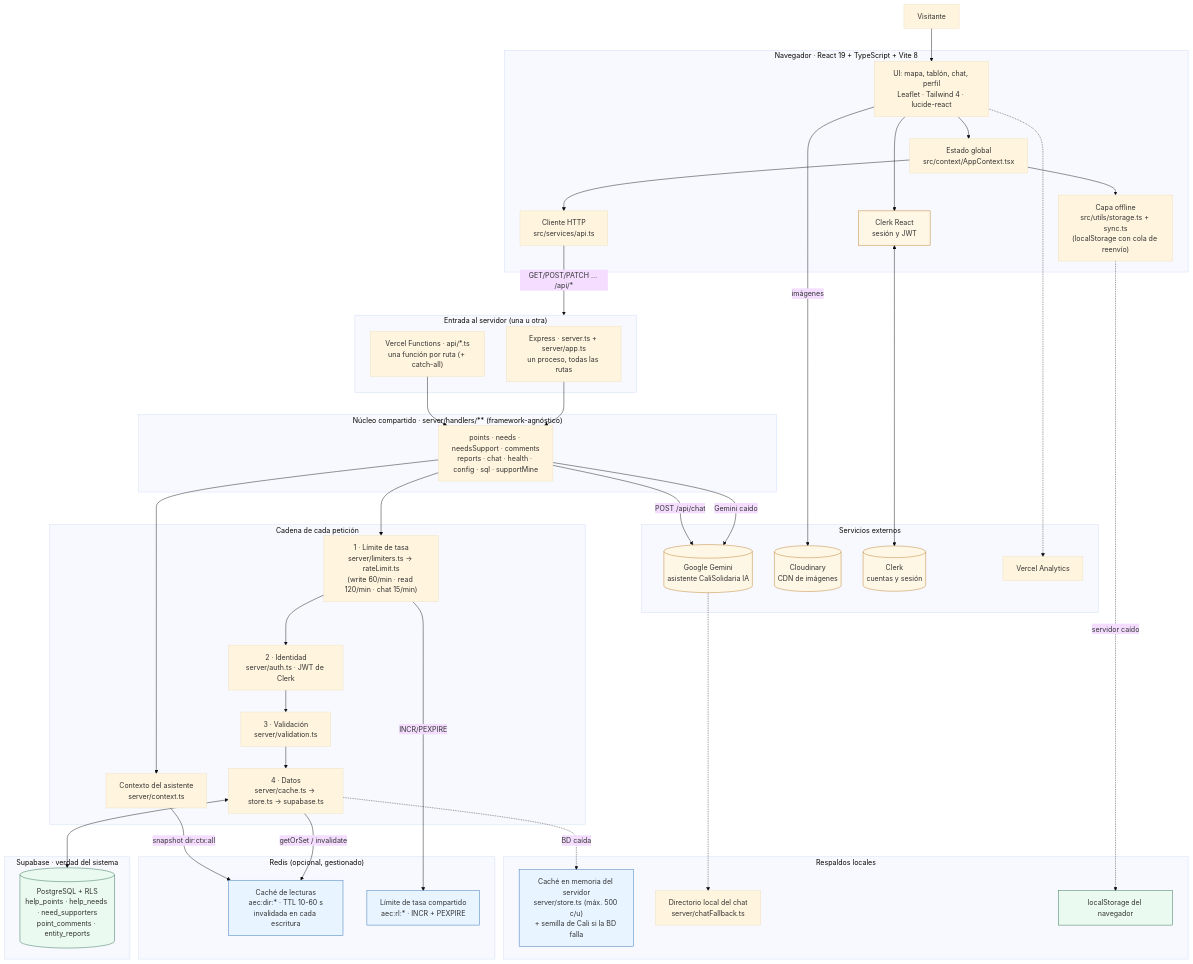
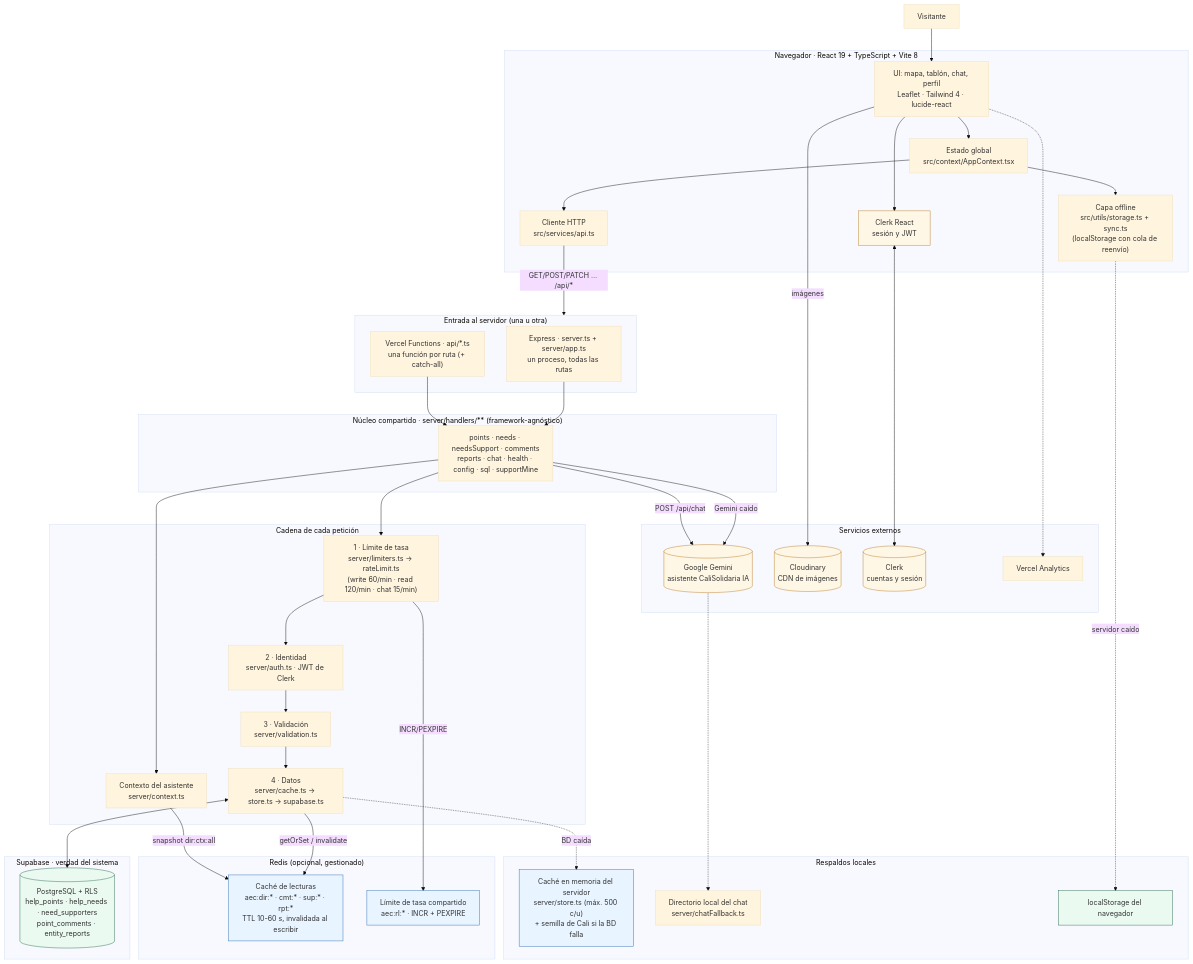
The first of 7 diagrams in docs/arquitectura.md (Sherikxd/AyudaEnCali), drawn with Mermaid (base theme) before and after one commit. The commit also changed other lines of this file and 12 other files, not shown here.

```diff
--- a/docs/arquitectura.md
+++ b/docs/arquitectura.md
@@ -68,7 +68,7 @@
     H --> CTXS
 
     subgraph REDIS["Redis (opcional, gestionado)"]
-        RD1["Caché de lecturas<br/>aec:dir:* · TTL 10-60 s<br/>invalidada en cada escritura"]
+        RD1["Caché de lecturas<br/>aec:dir:* · cmt:* · sup:* · rpt:*<br/>TTL 10-60 s, invalidada al escribir"]
         RD2["Límite de tasa compartido<br/>aec:rl:* · INCR + PEXPIRE"]
     end
 
```
